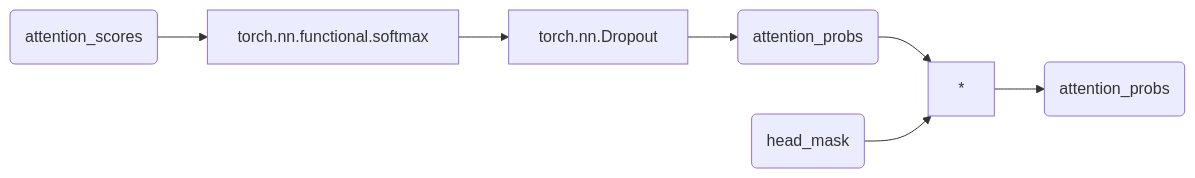
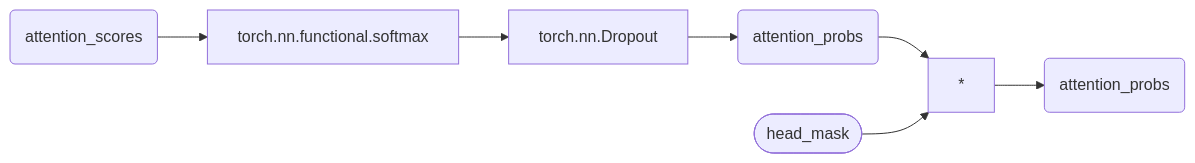
Diagram 14 of 18 in BERT.md (coba-yu/transformers-from-pytorch), drawn with Mermaid before and after one commit. The commit also changed other lines of this file, not shown here.

````diff
--- a/BERT.md
+++ b/BERT.md
@@ -430,6 +430,6 @@
 ```mermaid
-flowchart LR
+graph LR
   attention_scores(attention_scores) --> torch.nn.functional.softmax --> torch.nn.Dropout --> attention_probs_0(attention_probs)
   attention_probs_0 --> prod["*"] --> attention_probs_1(attention_probs)
-  head_mask(head_mask) --> prod
+  head_mask([head_mask]) --> prod
 ```
````
